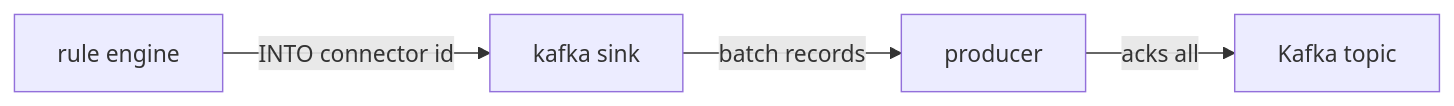
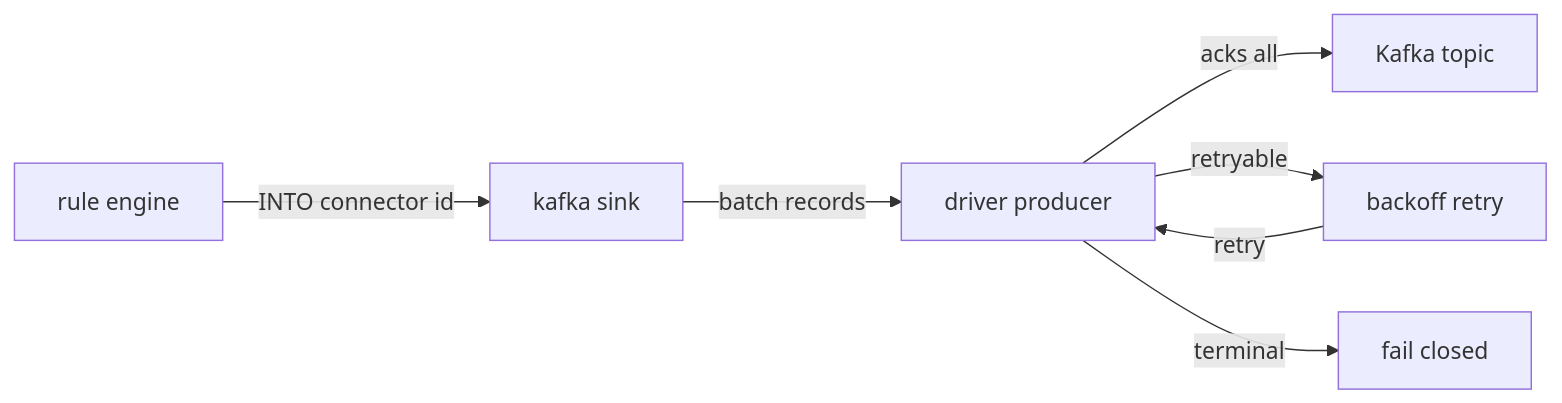
The diagram in docs/connectors/kafka.md (Indus-Stack/indramqtt), drawn with Mermaid before and after one commit. The commit also changed other lines of this file and 3 other files, not shown here.

````diff
--- a/docs/connectors/kafka.md
+++ b/docs/connectors/kafka.md
@@ -14,6 +14,9 @@
 ```mermaid
 flowchart LR
     Rule["rule engine"] -- "INTO connector id" --> Sink["kafka sink"]
-    Sink -- "batch records" --> Prod["producer"]
+    Sink -- "batch records" --> Prod["driver producer"]
     Prod -- "acks all" --> Topic["Kafka topic"]
+    Prod -- "retryable" --> Back["backoff retry"]
+    Back -- "retry" --> Prod
+    Prod -- "terminal" --> Drop["fail closed"]
 ```
````
